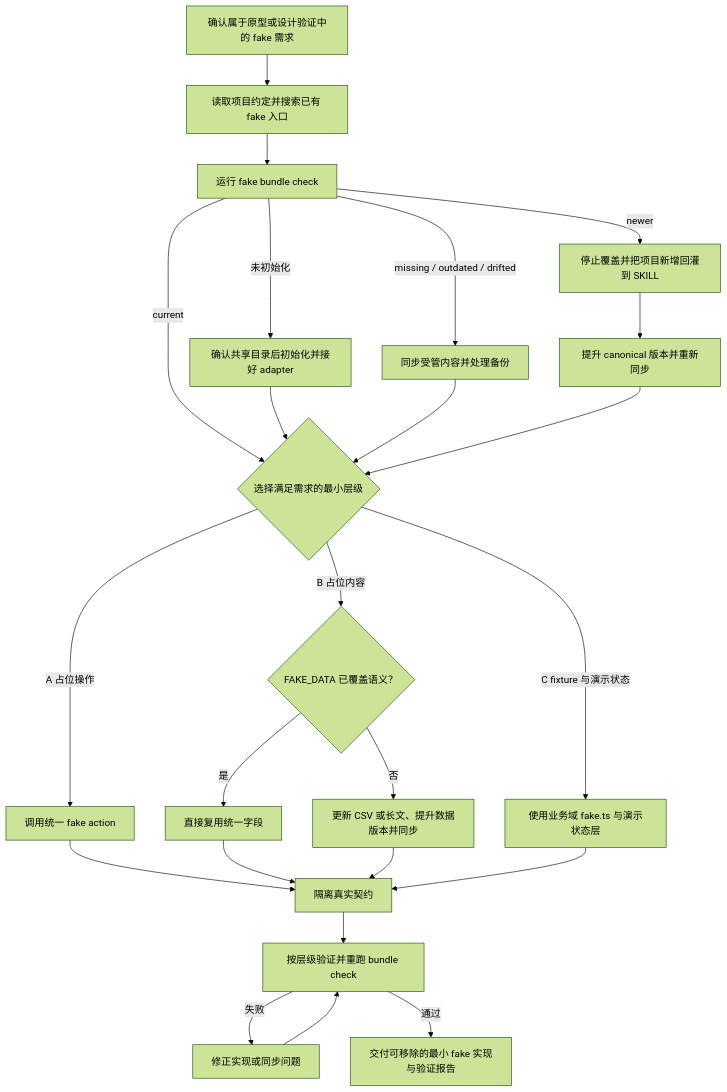
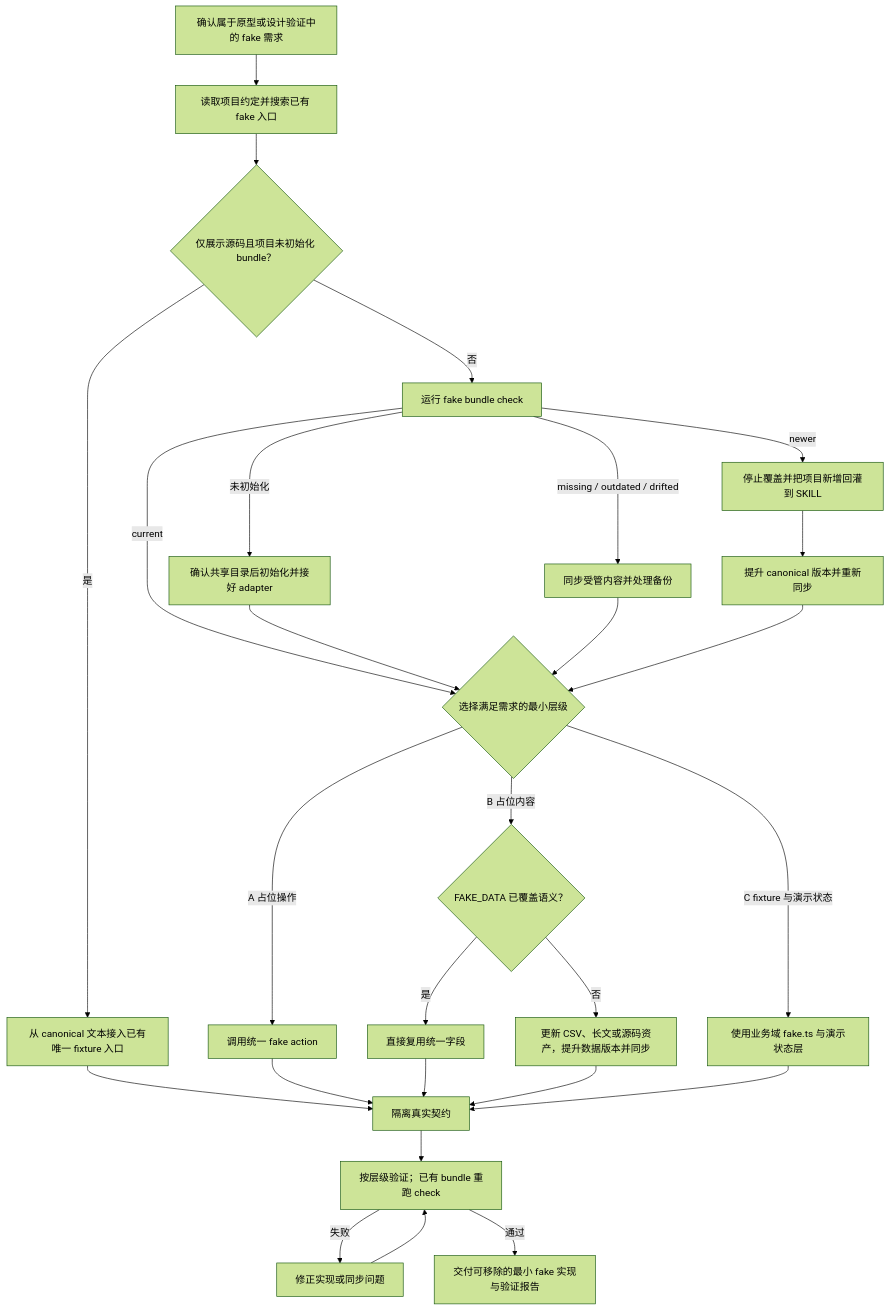
Before and after one commit to AaronXu-Lab/AaronSkill: the diagram in aw-design-fake/docs/workflow.md, drawn with Mermaid (forest theme). The commit also changed other lines of this file and 29 other files, not shown here.

````diff
--- a/aw-design-fake/docs/workflow.md
+++ b/aw-design-fake/docs/workflow.md
@@ -7,26 +7,29 @@
 ```mermaid
 flowchart TD
     S[确认属于原型或设计验证中的 fake 需求] --> P[读取项目约定并搜索已有 fake 入口]
-    P --> C[运行 fake bundle check]
+    P --> X{仅展示源码且项目未初始化 bundle？}
+    X -->|是| Q[从 canonical 文本接入已有唯一 fixture 入口]
+    X -->|否| C[运行 fake bundle check]
+    Q --> G
     C -->|未初始化| I[确认共享目录后初始化并接好 adapter]
     C -->|missing / outdated / drifted| W[同步受管内容并处理备份]
     C -->|newer| N[停止覆盖并把项目新增回灌到 SKILL]
     C -->|current| L{选择满足需求的最小层级}
     I --> L
     W --> L
     N --> U[提升 canonical 版本并重新同步]
     U --> L
     L -->|A 占位操作| A[调用统一 fake action]
     L -->|B 占位内容| B{FAKE_DATA 已覆盖语义？}
     L -->|C fixture 与演示状态| D[使用业务域 fake.ts 与演示状态层]
     B -->|是| R[直接复用统一字段]
-    B -->|否| E[更新 CSV 或长文、提升数据版本并同步]
+    B -->|否| E[更新 CSV、长文或源码资产，提升数据版本并同步]
     A --> G[隔离真实契约]
     R --> G
     E --> G
     D --> G
-    G --> V[按层级验证并重跑 bundle check]
+    G --> V[按层级验证；已有 bundle 重跑 check]
     V -->|失败| F[修正实现或同步问题]
     F --> V
     V -->|通过| O[交付可移除的最小 fake 实现与验证报告]
 ```
````
